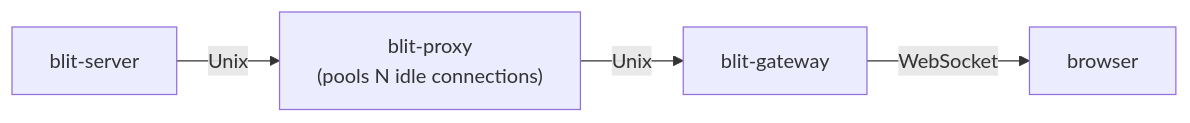
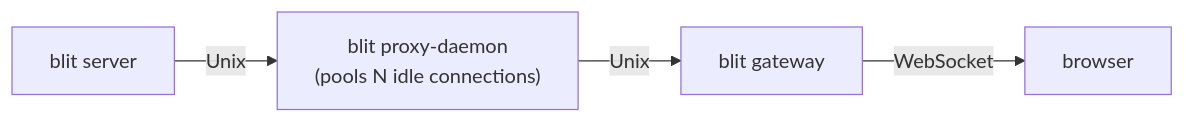
Before and after one commit to indent-com/blit: the seventh of 11 diagrams in ARCHITECTURE.md, drawn with Mermaid. The commit also changed other lines of this file and 101 other files, not shown here.

````diff
--- a/ARCHITECTURE.md
+++ b/ARCHITECTURE.md
@@ -153,6 +152,6 @@
 ```mermaid
 graph LR
-    S["blit-server"] -->|Unix| P["blit-proxy\n(pools N idle connections)"]
-    P -->|Unix| G["blit-gateway"]
+    S["blit server"] -->|Unix| P["blit proxy-daemon\n(pools N idle connections)"]
+    P -->|Unix| G["blit gateway"]
     G -->|WebSocket| B["browser"]
 ```
````
